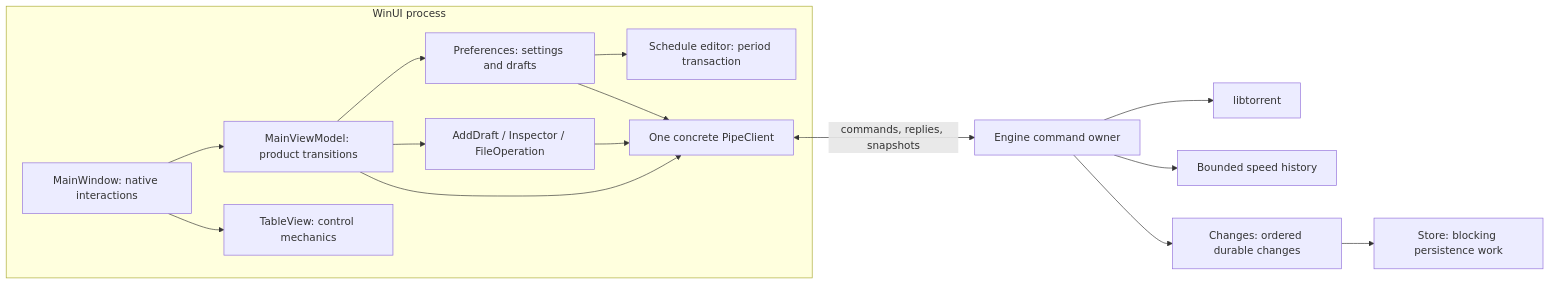
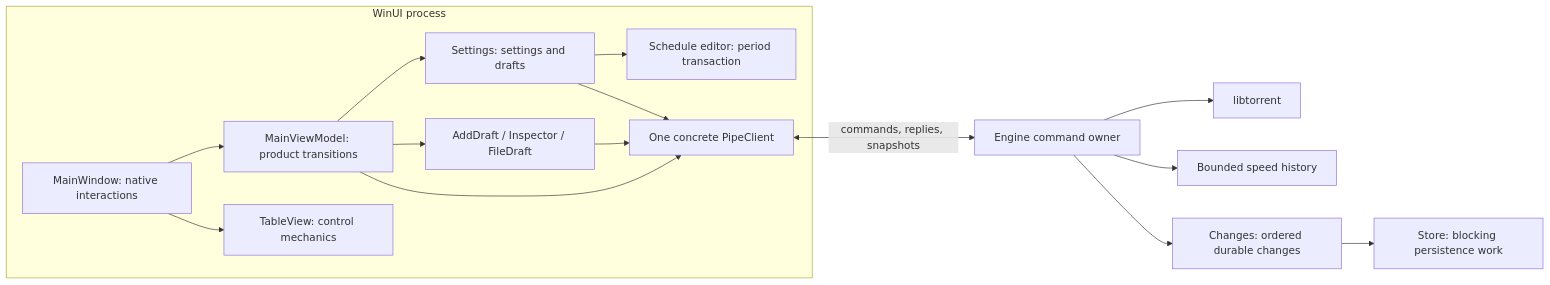
One commit to SynoSoftware/TinyTorrent2 changed the diagram in docs/architecture/proposed/README.md. Above: the diagram before and after it, drawn with Mermaid. The commit also changed other lines of this file and 260 other files, not shown here.

````diff
--- a/docs/architecture/proposed/README.md
+++ b/docs/architecture/proposed/README.md
@@ -44,18 +44,18 @@
 ```mermaid
 flowchart LR
     subgraph UI[WinUI process]
         W[MainWindow: native interactions] --> M[MainViewModel: product transitions]
         W --> T[TableView: control mechanics]
-        M --> P[Preferences: settings and drafts]
+        M --> P[Settings: settings and drafts]
         P --> S[Schedule editor: period transaction]
-        M --> D[AddDraft / Inspector / FileOperation]
+        M --> D[AddDraft / Inspector / FileDraft]
         M --> C[One concrete PipeClient]
         P --> C
         D --> C
     end
     C <-->|commands, replies, snapshots| E[Engine command owner]
     E --> L[libtorrent]
     E --> H[Bounded speed history]
     E --> O[Changes: ordered durable changes]
     O --> IO[Store: blocking persistence work]
 ```
````
